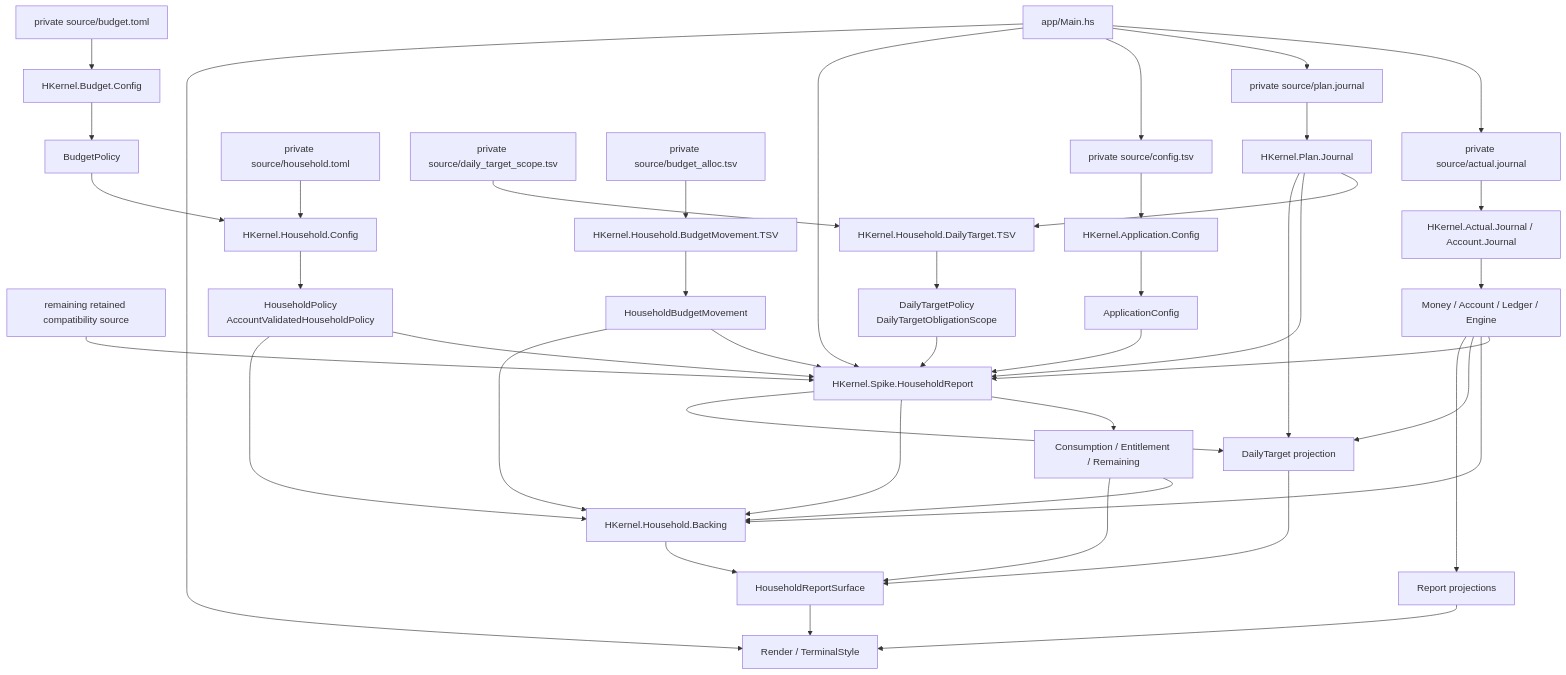
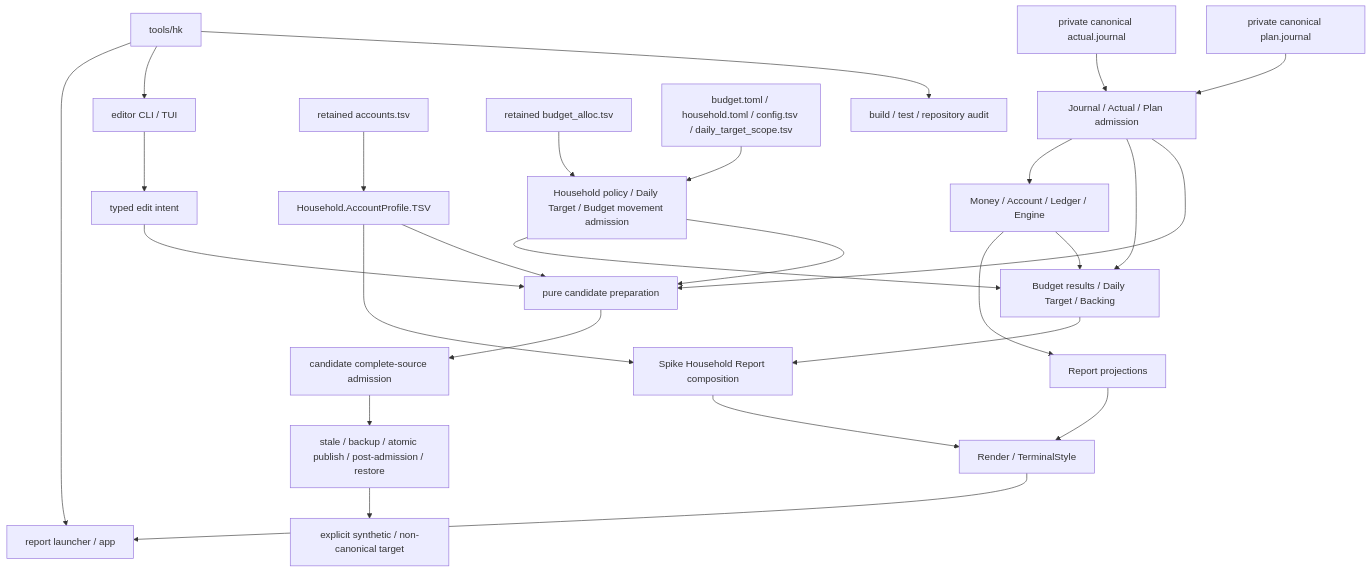
One commit to shumoku88-bit/h-kernel changed the diagram in docs/CODE_MAP_AND_DESIGN_SKETCH.md. Above: the diagram before and after it, drawn with Mermaid. The commit also changed other lines of this file and 4 other files, not shown here.

First line of the commit message:
docs: architectureとeditor current stateを同期する (#35)

````diff
--- a/docs/CODE_MAP_AND_DESIGN_SKETCH.md
+++ b/docs/CODE_MAP_AND_DESIGN_SKETCH.md
@@ -83,71 +93,50 @@
 ```mermaid
 graph TD
-    ActualSource["private source/actual.journal"]
-    PlanSource["private source/plan.journal"]
-    ConfigSource["private source/config.tsv"]
-    BudgetSource["private source/budget.toml"]
-    HouseholdSource["private source/household.toml"]
-    DailyTargetSource["private source/daily_target_scope.tsv"]
-    AllocationSource["private source/budget_alloc.tsv"]
-    RetainedSources["remaining retained compatibility source"]
+    Hub["tools/hk"]
+    ReportApp["report launcher / app"]
+    EditorApp["editor CLI / TUI"]
+    Checks["build / test / repository audit"]
 
-    ActualAdmission["HKernel.Actual.Journal / Account.Journal"]
-    PlanAdmission["HKernel.Plan.Journal"]
-    ConfigAdmission["HKernel.Application.Config"]
-    BudgetAdmission["HKernel.Budget.Config"]
-    HouseholdAdmission["HKernel.Household.Config"]
-    DailyTargetAdmission["HKernel.Household.DailyTarget.TSV"]
-    MovementAdmission["HKernel.Household.BudgetMovement.TSV"]
+    CanonicalActual["private canonical actual.journal"]
+    CanonicalPlan["private canonical plan.journal"]
+    AccountProfileSource["retained accounts.tsv"]
+    BudgetMovementSource["retained budget_alloc.tsv"]
+    ConfigSources["budget.toml / household.toml / config.tsv / daily_target_scope.tsv"]
+    ExplicitWriteTarget["explicit synthetic / non-canonical target"]
 
+    CoreAdmission["Journal / Actual / Plan admission"]
+    AccountProfileAdmission["Household.AccountProfile.TSV"]
+    HouseholdAdmission["Household policy / Daily Target / Budget movement admission"]
     Accounting["Money / Account / Ledger / Engine"]
-    ApplicationConfig["ApplicationConfig"]
-    BudgetPolicy["BudgetPolicy"]
-    HouseholdPolicy["HouseholdPolicy\nAccountValidatedHouseholdPolicy"]
-    DailyTargetScope["DailyTargetPolicy\nDailyTargetObligationScope"]
-    BudgetMovement["HouseholdBudgetMovement"]
-    BudgetResults["Consumption / Entitlement / Remaining"]
-    DailyTarget["DailyTarget projection"]
-    Backing["HKernel.Household.Backing"]
-    HouseholdComposition["HKernel.Spike.HouseholdReport"]
-    Surface["HouseholdReportSurface"]
+    Household["Budget results / Daily Target / Backing"]
+    Composition["Spike Household Report composition"]
     Reports["Report projections"]
     Render["Render / TerminalStyle"]
-    Main["app/Main.hs"]
 
-    ActualSource --> ActualAdmission --> Accounting
-    PlanSource --> PlanAdmission
-    ConfigSource --> ConfigAdmission --> ApplicationConfig --> HouseholdComposition
-    BudgetSource --> BudgetAdmission --> BudgetPolicy
-    HouseholdSource --> HouseholdAdmission
-    BudgetPolicy --> HouseholdAdmission --> HouseholdPolicy
-    DailyTargetSource --> DailyTargetAdmission --> DailyTargetScope
-    PlanAdmission --> DailyTargetAdmission
-    AllocationSource --> MovementAdmission --> BudgetMovement --> HouseholdComposition
+    Intent["typed edit intent"]
+    Candidate["pure candidate preparation"]
+    CompleteAdmission["candidate complete-source admission"]
+    Writer["stale / backup / atomic publish / post-admission / restore"]
 
-    Accounting --> HouseholdComposition
-    PlanAdmission --> HouseholdComposition
-    HouseholdPolicy --> HouseholdComposition
-    DailyTargetScope --> HouseholdComposition
-    RetainedSources --> HouseholdComposition
+    Hub --> ReportApp
+    Hub --> EditorApp
+    Hub --> Checks
 
-    HouseholdComposition --> BudgetResults
-    HouseholdComposition --> Backing
-    HouseholdComposition --> DailyTarget
-    Accounting --> Backing
-    HouseholdPolicy --> Backing
-    BudgetMovement --> Backing
-    BudgetResults --> Backing
-    Accounting --> DailyTarget
-    PlanAdmission --> DailyTarget
-    BudgetResults --> Surface
-    Backing --> Surface
-    DailyTarget --> Surface
-    Accounting --> Reports
-    Surface --> Render
-    Reports --> Render
-    Main --> ActualSource
-    Main --> PlanSource
-    Main --> ConfigSource
-    Main --> HouseholdComposition
-    Main --> Render
+    CanonicalActual --> CoreAdmission --> Accounting
+    CanonicalPlan --> CoreAdmission
+    AccountProfileSource --> AccountProfileAdmission
+    BudgetMovementSource --> HouseholdAdmission
+    ConfigSources --> HouseholdAdmission
+
+    Accounting --> Reports --> Render --> ReportApp
+    Accounting --> Household
+    CoreAdmission --> Household
+    AccountProfileAdmission --> Composition
+    HouseholdAdmission --> Household --> Composition --> Render
+
+    EditorApp --> Intent --> Candidate --> CompleteAdmission --> Writer
+    CoreAdmission --> Candidate
+    AccountProfileAdmission --> Candidate
+    HouseholdAdmission --> Candidate
+    Writer --> ExplicitWriteTarget
 ```
````
